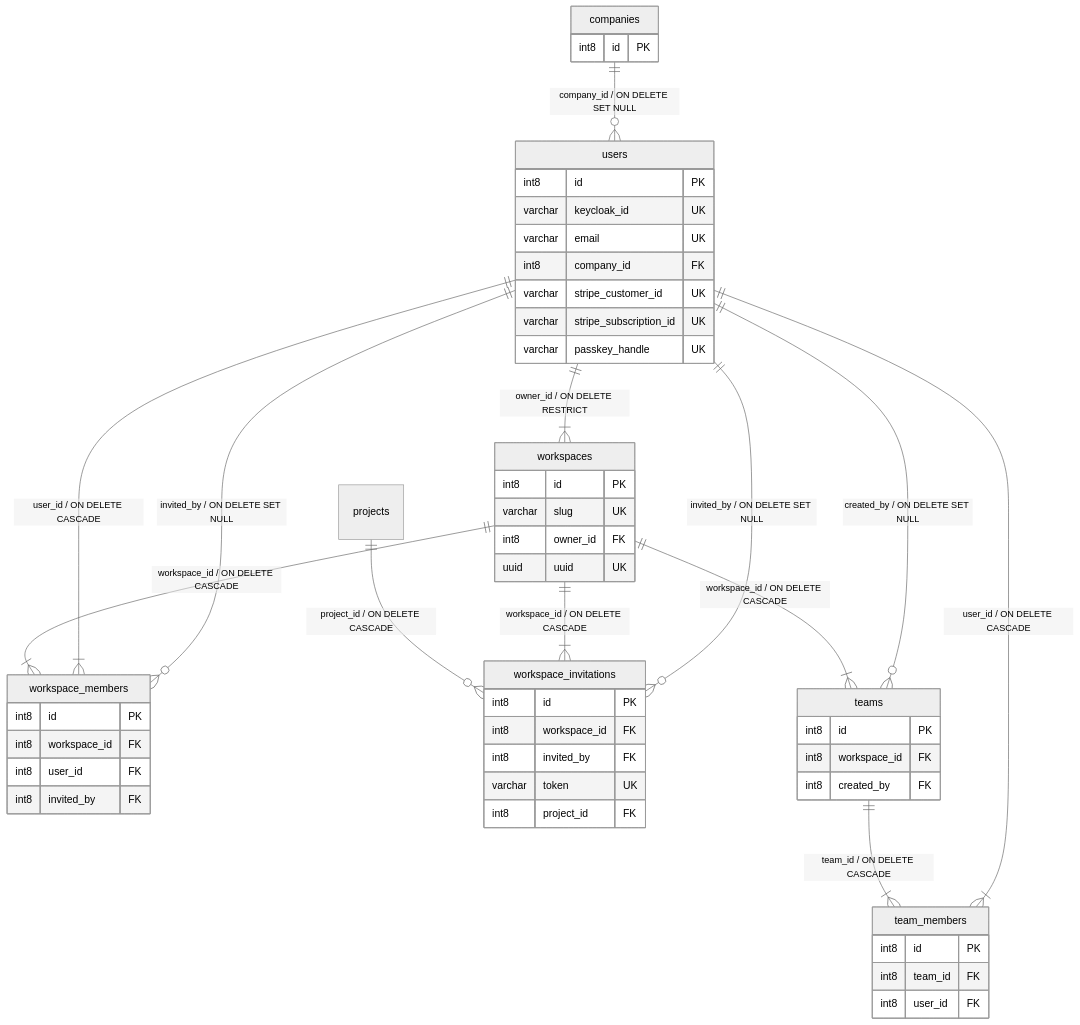
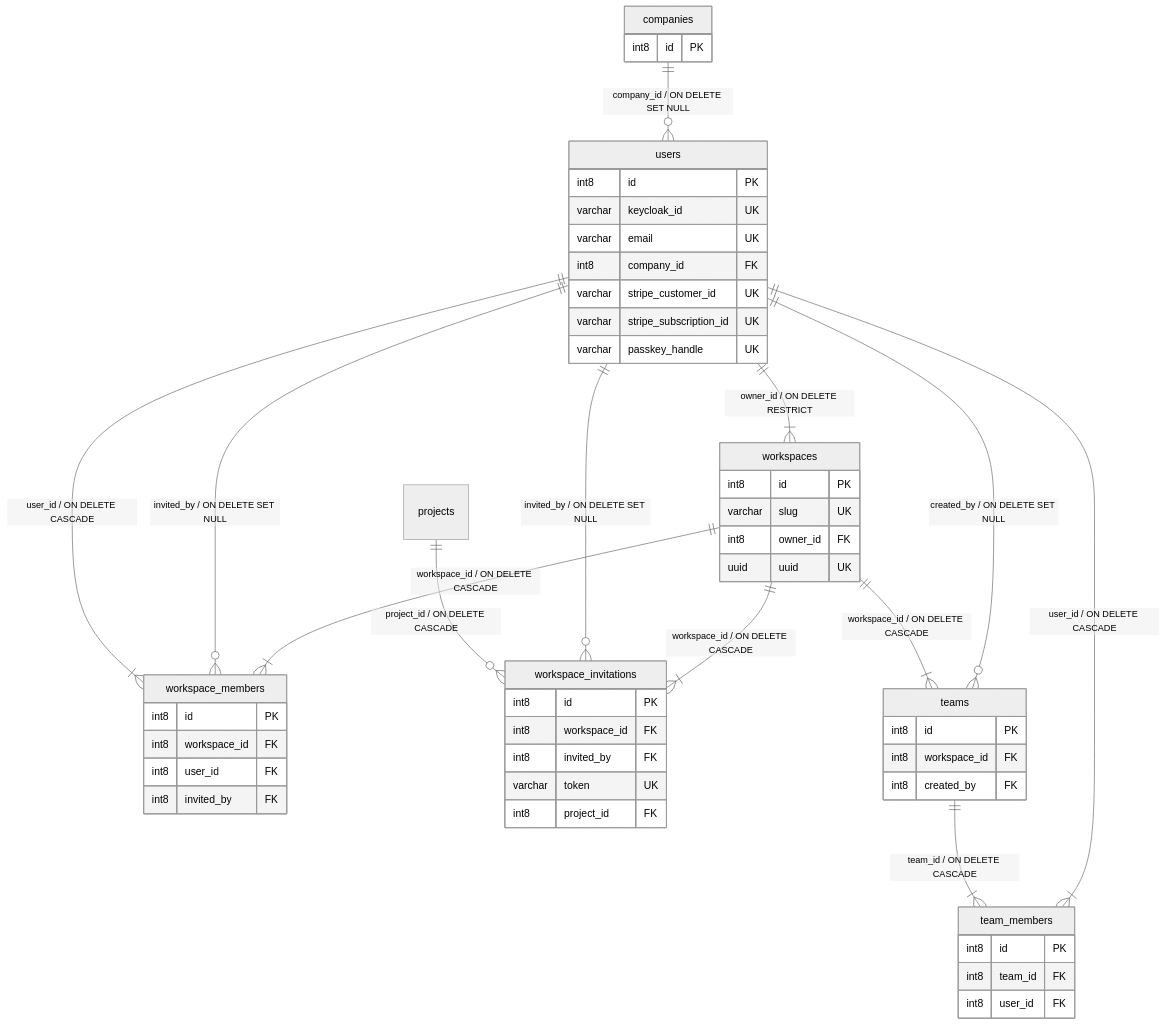
One commit to taskforce-project/taskforce-docs changed the second of 10 diagrams in v1/03-architecture/Modele_Donnees_MCD_MLD.md. Above: the diagram before and after it, drawn with Mermaid (neutral theme). The commit also changed other lines of this file and 2 other files, not shown here.

First line of the commit message:
docs(architecture): regenerate the data model, dictionary and class diagram (V111)

````diff
--- a/v1/03-architecture/Modele_Donnees_MCD_MLD.md
+++ b/v1/03-architecture/Modele_Donnees_MCD_MLD.md
@@ -127,56 +128,56 @@
 ```mermaid
 erDiagram
   users {
     int8 id PK
     varchar keycloak_id UK
     varchar email UK
     int8 company_id FK
     varchar stripe_customer_id UK
     varchar stripe_subscription_id UK
     varchar passkey_handle UK
   }
   workspaces {
     int8 id PK
     varchar slug UK
     int8 owner_id FK
     uuid uuid UK
   }
   workspace_members {
     int8 id PK
     int8 workspace_id FK
     int8 user_id FK
     int8 invited_by FK
   }
   workspace_invitations {
     int8 id PK
     int8 workspace_id FK
     int8 invited_by FK
     varchar token UK
     int8 project_id FK
   }
   teams {
     int8 id PK
     int8 workspace_id FK
     int8 created_by FK
   }
   team_members {
     int8 id PK
     int8 team_id FK
     int8 user_id FK
   }
   companies {
     int8 id PK
   }
   companies ||--o{ users : "company_id / ON DELETE SET NULL"
   users ||--|{ workspaces : "owner_id / ON DELETE RESTRICT"
   workspaces ||--|{ workspace_members : "workspace_id / ON DELETE CASCADE"
+  users ||--o{ workspace_members : "invited_by / ON DELETE SET NULL"
   users ||--|{ workspace_members : "user_id / ON DELETE CASCADE"
-  users ||--o{ workspace_members : "invited_by / ON DELETE SET NULL"
-  projects ||--o{ workspace_invitations : "project_id / ON DELETE CASCADE"
   workspaces ||--|{ workspace_invitations : "workspace_id / ON DELETE CASCADE"
   users ||--o{ workspace_invitations : "invited_by / ON DELETE SET NULL"
+  projects ||--o{ workspace_invitations : "project_id / ON DELETE CASCADE"
+  users ||--o{ teams : "created_by / ON DELETE SET NULL"
   workspaces ||--|{ teams : "workspace_id / ON DELETE CASCADE"
-  users ||--o{ teams : "created_by / ON DELETE SET NULL"
+  users ||--|{ team_members : "user_id / ON DELETE CASCADE"
   teams ||--|{ team_members : "team_id / ON DELETE CASCADE"
-  users ||--|{ team_members : "user_id / ON DELETE CASCADE"
 ```
````
